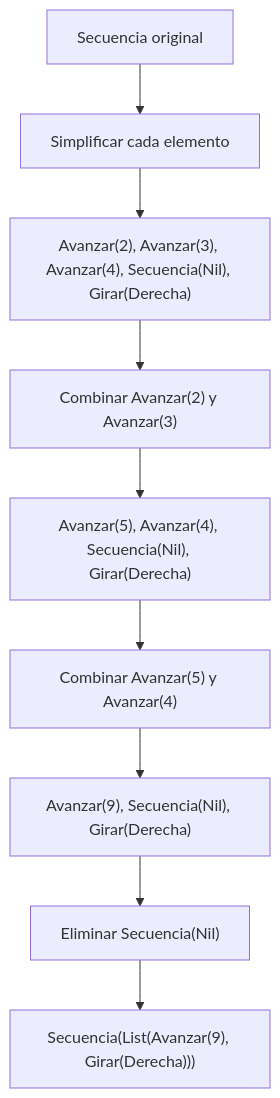
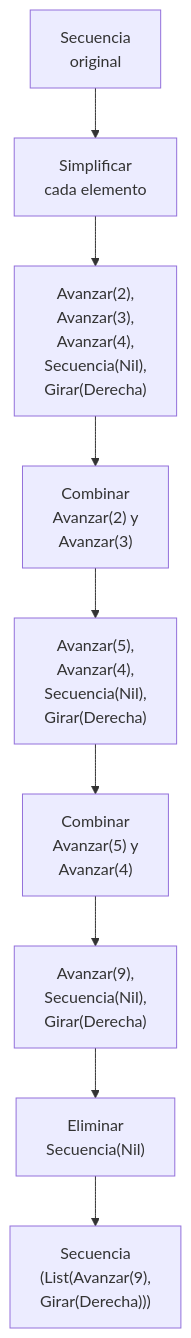
One commit to Santiago0521/Taller-2---Funcional changed the second of 2 diagrams in docs/proceso.md. Above: the diagram before and after it, drawn with Mermaid. The commit also changed other lines of this file, not shown here.

Commit message:
Arreglo tablas Proceso

````diff
--- a/docs/proceso.md
+++ b/docs/proceso.md
@@ -371,11 +371,11 @@
 ```mermaid
 flowchart TD
-    A["Secuencia original"] --> B["Simplificar cada elemento"]
-    B --> C["Avanzar(2), Avanzar(3), Avanzar(4), Secuencia(Nil), Girar(Derecha)"]
-    C --> D["Combinar Avanzar(2) y Avanzar(3)"]
-    D --> E["Avanzar(5), Avanzar(4), Secuencia(Nil), Girar(Derecha)"]
-    E --> F["Combinar Avanzar(5) y Avanzar(4)"]
-    F --> G["Avanzar(9), Secuencia(Nil), Girar(Derecha)"]
-    G --> H["Eliminar Secuencia(Nil)"]
-    H --> I["Secuencia(List(Avanzar(9), Girar(Derecha)))"]
+    A["Secuencia <br>original"] --> B["Simplificar <br>cada elemento"]
+    B --> C["Avanzar(2), <br>Avanzar(3), <br>Avanzar(4), <br>Secuencia(Nil), <br>Girar(Derecha)"]
+    C --> D["Combinar <br>Avanzar(2) y <br>Avanzar(3)"]
+    D --> E["Avanzar(5), <br>Avanzar(4), <br>Secuencia(Nil), <br>Girar(Derecha)"]
+    E --> F["Combinar <br>Avanzar(5) y <br>Avanzar(4)"]
+    F --> G["Avanzar(9), <br>Secuencia(Nil), <br>Girar(Derecha)"]
+    G --> H["Eliminar <br>Secuencia(Nil)"]
+    H --> I["Secuencia<br>(List(Avanzar(9), <br>Girar(Derecha)))"]
 ```
````
